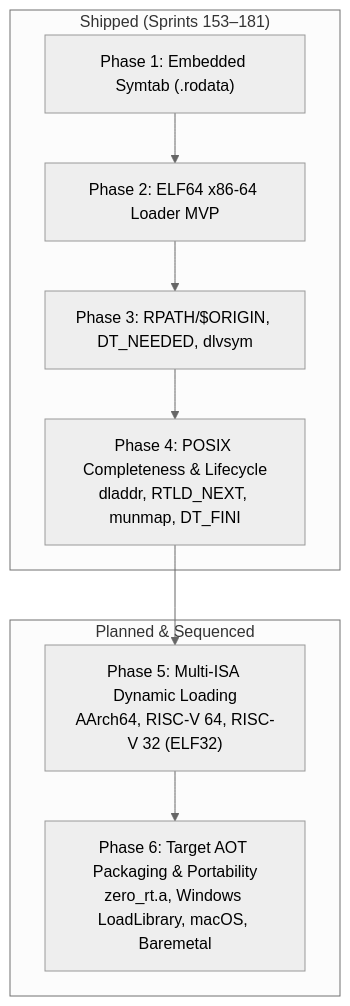
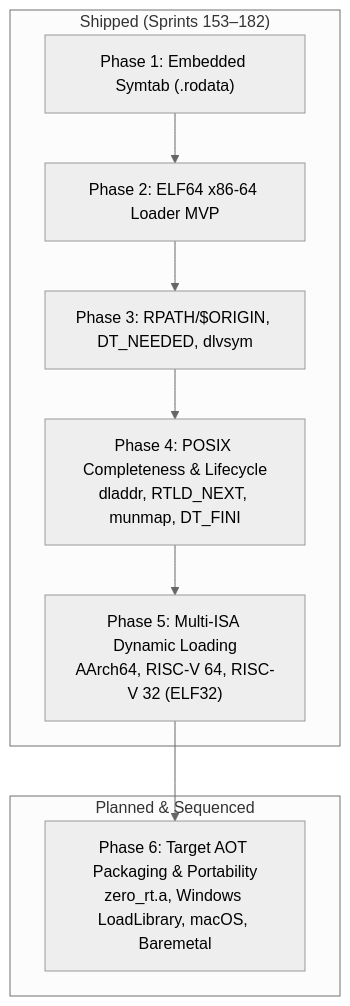
One commit to wxcdart/qnz_c_compiler changed the second of 2 diagrams in docs/okf/host-runtime-and-portability.md. Above: the diagram before and after it, drawn with Mermaid (neutral theme). The commit also changed other lines of this file and 13 other files, not shown here.

Commit message:
feat(dlfcn): implement Phase 5 Multi-ISA dynamic loading across backends

````diff
--- a/docs/okf/host-runtime-and-portability.md
+++ b/docs/okf/host-runtime-and-portability.md
@@ -290,16 +290,16 @@
 ```mermaid
 flowchart TD
-    subgraph Shipped ["Shipped (Sprints 153–181)"]
+    subgraph Shipped ["Shipped (Sprints 153–182)"]
         P1["Phase 1: Embedded Symtab (.rodata)"]
         P2["Phase 2: ELF64 x86-64 Loader MVP"]
         P3["Phase 3: RPATH/$ORIGIN, DT_NEEDED, dlvsym"]
         P4["Phase 4: POSIX Completeness & Lifecycle<br/>dladdr, RTLD_NEXT, munmap, DT_FINI"]
+        P5["Phase 5: Multi-ISA Dynamic Loading<br/>AArch64, RISC-V 64, RISC-V 32 (ELF32)"]
     end
 
     subgraph Planned ["Planned & Sequenced"]
-        P5["Phase 5: Multi-ISA Dynamic Loading<br/>AArch64, RISC-V 64, RISC-V 32 (ELF32)"]
         P6["Phase 6: Target AOT Packaging & Portability<br/>zero_rt.a, Windows LoadLibrary, macOS, Baremetal"]
     end
 
     P1 --> P2 --> P3 --> P4 --> P5 --> P6
 ```
````
